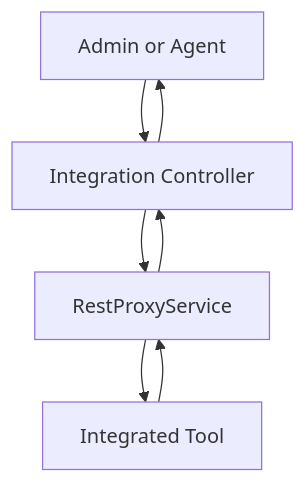
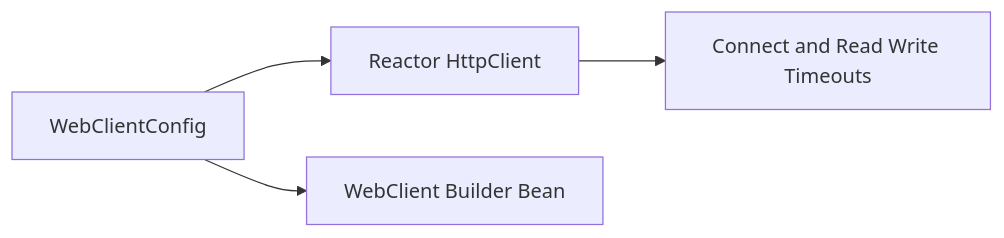
The second of 8 diagrams in docs/architecture/gateway-service-core/gateway-service-core.md (Praesto-Pro/openframe-oss-tenant), drawn with Mermaid before and after one commit. The commit also changed other lines of this file and 149 other files, not shown here.

````diff
--- a/docs/architecture/gateway-service-core/gateway-service-core.md
+++ b/docs/architecture/gateway-service-core/gateway-service-core.md
@@ -98,9 +65,6 @@
 ```mermaid
-flowchart TD
-    Client["Admin or Agent"] --> Controller["Integration Controller"]
-    Controller --> RestProxy["RestProxyService"]
-    RestProxy --> Tool["Integrated Tool"]
-    Tool --> RestProxy
-    RestProxy --> Controller
-    Controller --> Client
+flowchart LR
+    WebClientConfig["WebClientConfig"] --> HttpClient["Reactor HttpClient"]
+    HttpClient --> Timeouts["Connect and Read Write Timeouts"]
+    WebClientConfig --> WebClientBuilder["WebClient Builder Bean"]
 ```
````
